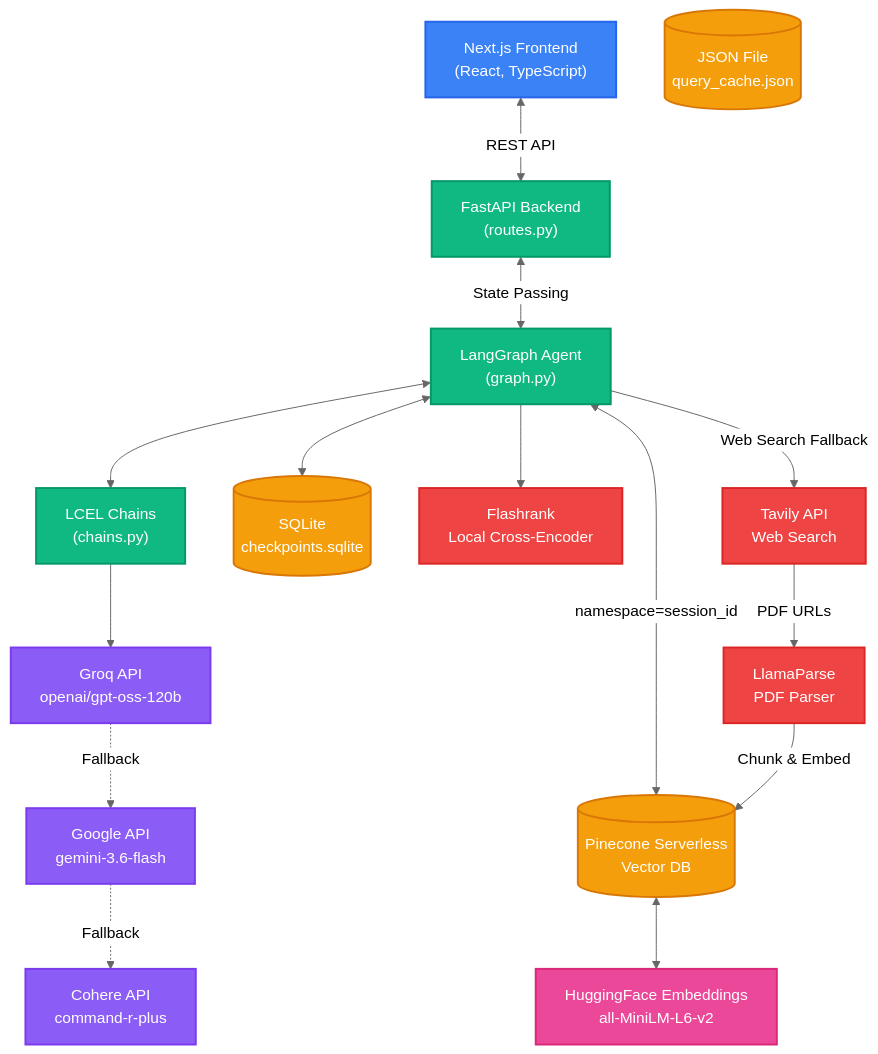
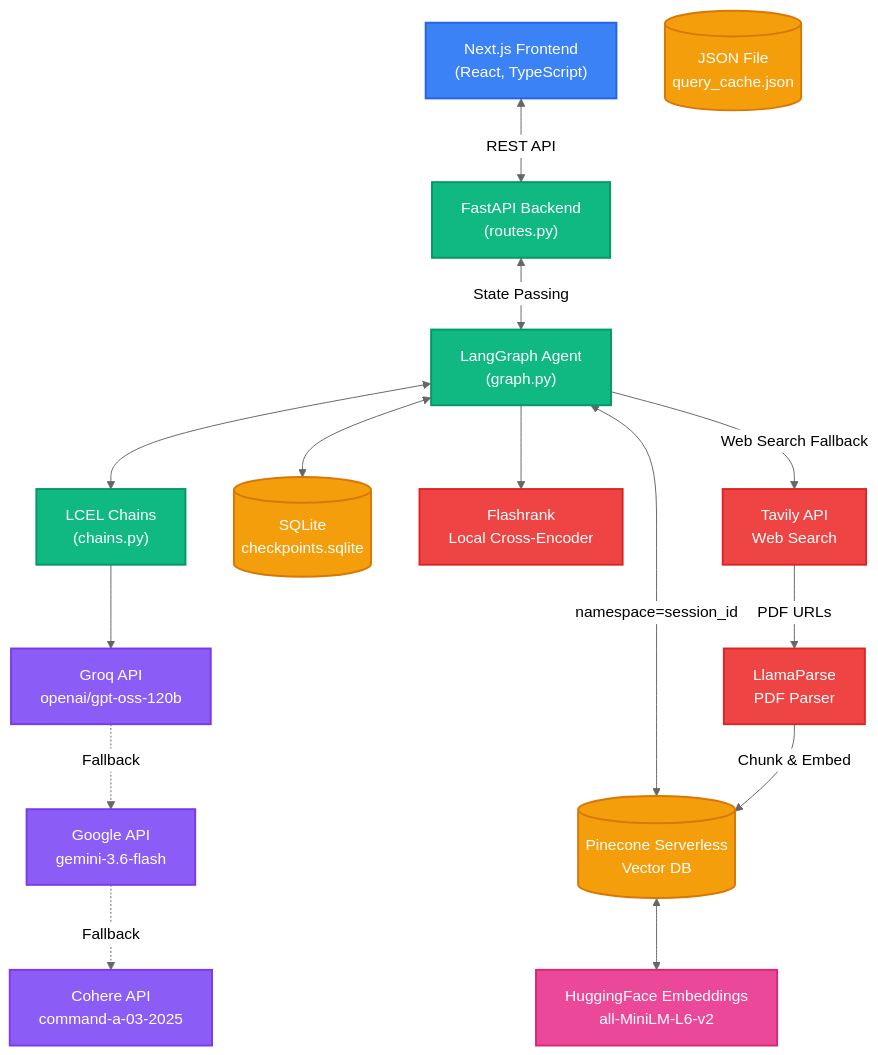
The first of 4 diagrams in docs/architecture_diagram.md (KD-joshi/FinSight), drawn with Mermaid (neutral theme) before and after one commit. The commit also changed other lines of this file and 2 other files, not shown here.

Commit message:
Update Cohere fallback model to command-a-03-2025

````diff
--- a/docs/architecture_diagram.md
+++ b/docs/architecture_diagram.md
@@ -12,43 +12,43 @@
 ```mermaid
 graph TD
     classDef frontend fill:#3b82f6,stroke:#2563eb,stroke-width:2px,color:white;
     classDef backend fill:#10b981,stroke:#059669,stroke-width:2px,color:white;
     classDef db fill:#f59e0b,stroke:#d97706,stroke-width:2px,color:white;
     classDef llm fill:#8b5cf6,stroke:#7c3aed,stroke-width:2px,color:white;
     classDef tool fill:#ef4444,stroke:#dc2626,stroke-width:2px,color:white;
     classDef embed fill:#ec4899,stroke:#db2777,stroke-width:2px,color:white;
 
     UI["Next.js Frontend<br/>(React, TypeScript)"]:::frontend
     API["FastAPI Backend<br/>(routes.py)"]:::backend
     Graph["LangGraph Agent<br/>(graph.py)"]:::backend
     Chains["LCEL Chains<br/>(chains.py)"]:::backend
 
     DB_Vector[("Pinecone Serverless<br/>Vector DB")]:::db
     DB_SQL[("SQLite<br/>checkpoints.sqlite")]:::db
     DB_Cache[("JSON File<br/>query_cache.json")]:::db
 
     LLM_Groq["Groq API<br/>openai/gpt-oss-120b"]:::llm
     LLM_Gemini["Google API<br/>gemini-3.6-flash"]:::llm
-    LLM_Cohere["Cohere API<br/>command-r-plus"]:::llm
+    LLM_Cohere["Cohere API<br/>command-a-03-2025"]:::llm
 
     Embed["HuggingFace Embeddings<br/>all-MiniLM-L6-v2"]:::embed
     Reranker["Flashrank<br/>Local Cross-Encoder"]:::tool
     Tavily["Tavily API<br/>Web Search"]:::tool
     LlamaParse["LlamaParse<br/>PDF Parser"]:::tool
 
     UI <-->|"REST API"| API
     API <-->|"State Passing"| Graph
     Graph <--> Chains
     Graph <--> DB_SQL
     Graph <-->|"namespace=session_id"| DB_Vector
     Graph --> Reranker
     Graph -->|"Web Search Fallback"| Tavily
     Tavily -->|"PDF URLs"| LlamaParse
 
     Chains --> LLM_Groq
     LLM_Groq -.->|"Fallback"| LLM_Gemini
     LLM_Gemini -.->|"Fallback"| LLM_Cohere
 
     DB_Vector <--> Embed
     LlamaParse -->|"Chunk & Embed"| DB_Vector
 ```
````
